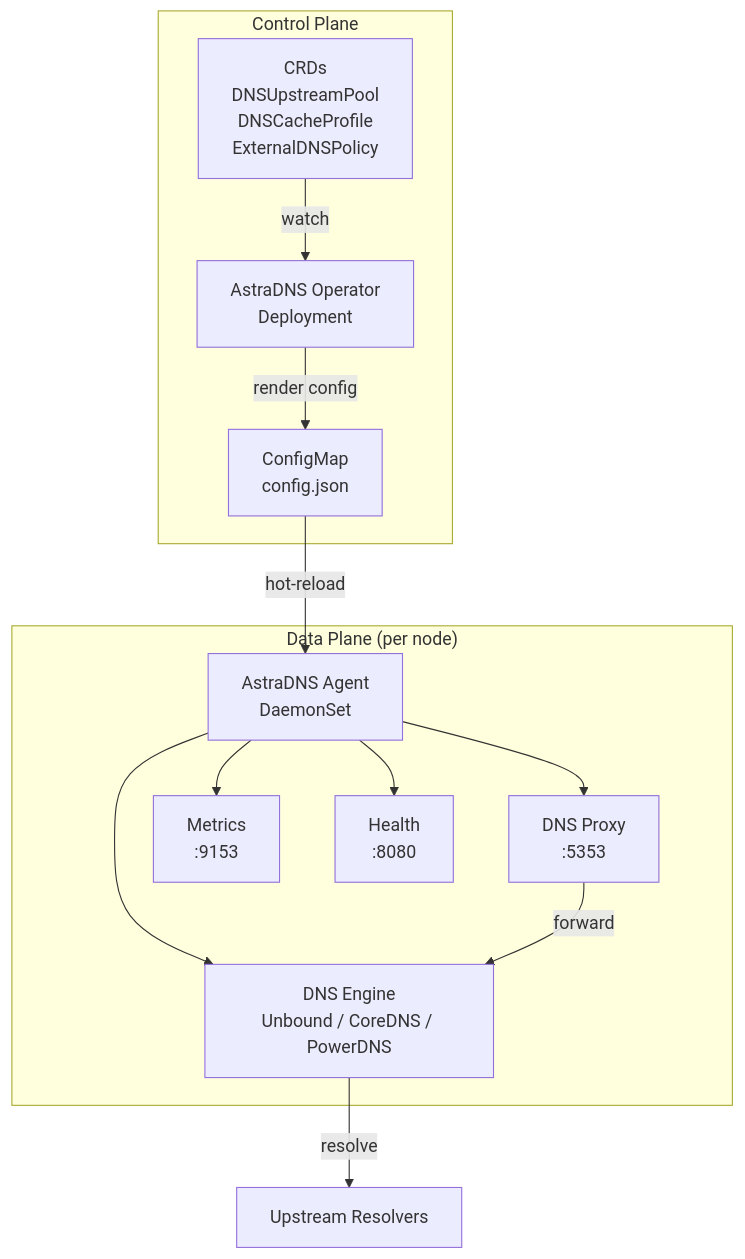
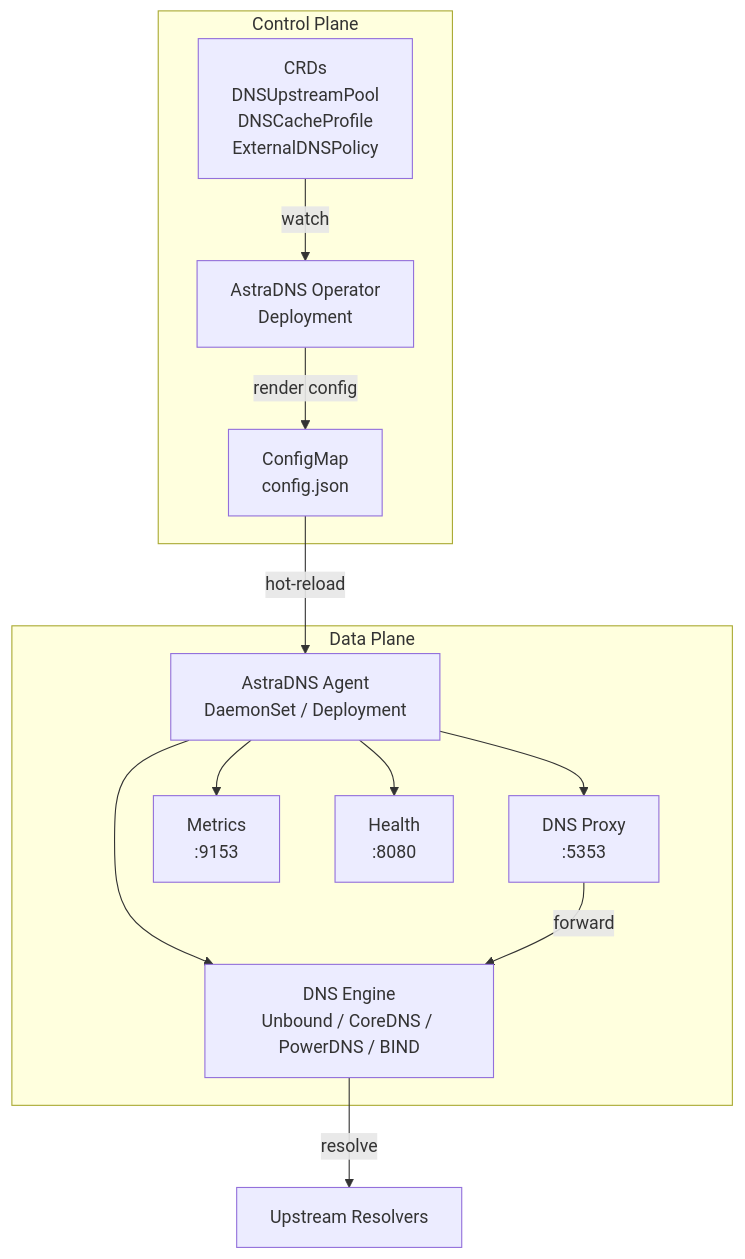
The diagram in docs/en/architecture/index.md (astradns/astradns-site), drawn with Mermaid before and after one commit. The commit also changed other lines of this file and 47 other files, not shown here.

Commit message:
docs(site): reconcile topology and runbook docs with chart behavior

````diff
--- a/docs/en/architecture/index.md
+++ b/docs/en/architecture/index.md
@@ -17,26 +17,26 @@
 ```mermaid
 graph TB
     subgraph "Control Plane"
         CRDs[CRDs<br/>DNSUpstreamPool<br/>DNSCacheProfile<br/>ExternalDNSPolicy]
         Operator[AstraDNS Operator<br/>Deployment]
         CM[ConfigMap<br/>config.json]
     end
 
-    subgraph "Data Plane (per node)"
-        Agent[AstraDNS Agent<br/>DaemonSet]
-        Engine[DNS Engine<br/>Unbound / CoreDNS / PowerDNS]
+    subgraph "Data Plane"
+        Agent[AstraDNS Agent<br/>DaemonSet / Deployment]
+        Engine[DNS Engine<br/>Unbound / CoreDNS / PowerDNS / BIND]
         Proxy[DNS Proxy<br/>:5353]
         Metrics[Metrics<br/>:9153]
         Health[Health<br/>:8080]
     end
 
     CRDs -->|watch| Operator
     Operator -->|render config| CM
     CM -->|hot-reload| Agent
     Agent --> Proxy
     Agent --> Engine
     Agent --> Metrics
     Agent --> Health
     Proxy -->|forward| Engine
     Engine -->|resolve| Internet[Upstream Resolvers]
 ```
````
